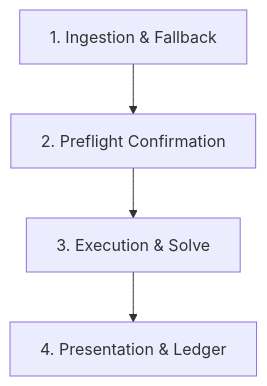
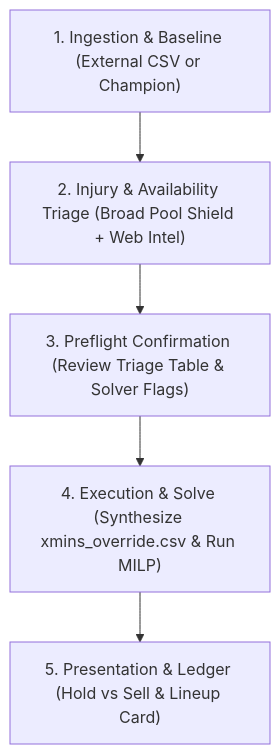
Before and after one commit to JubileeZ/fpl-jubilee-ascent: the diagram in .agents/skills/transfer-planner/SKILL.md, drawn with Mermaid. The commit also changed other lines of this file and 9 other files, not shown here.

Commit message:
feat(planner): implement three-tier minutes cascade, broad pool shield, and injury triage

````diff
--- a/.agents/skills/transfer-planner/SKILL.md
+++ b/.agents/skills/transfer-planner/SKILL.md
@@ -13,6 +13,7 @@
 ```mermaid
 flowchart TD
-    S1["1. Ingestion & Fallback"] --> S2["2. Preflight Confirmation"]
-    S2 --> S3["3. Execution & Solve"]
-    S3 --> S4["4. Presentation & Ledger"]
+    S1["1. Ingestion & Baseline (External CSV or Champion)"] --> S2["2. Injury & Availability Triage (Broad Pool Shield + Web Intel)"]
+    S2 --> S3["3. Preflight Confirmation (Review Triage Table & Solver Flags)"]
+    S3 --> S4["4. Execution & Solve (Synthesize xmins_override.csv & Run MILP)"]
+    S4 --> S5["5. Presentation & Ledger (Hold vs Sell & Lineup Card)"]
 ```
````
